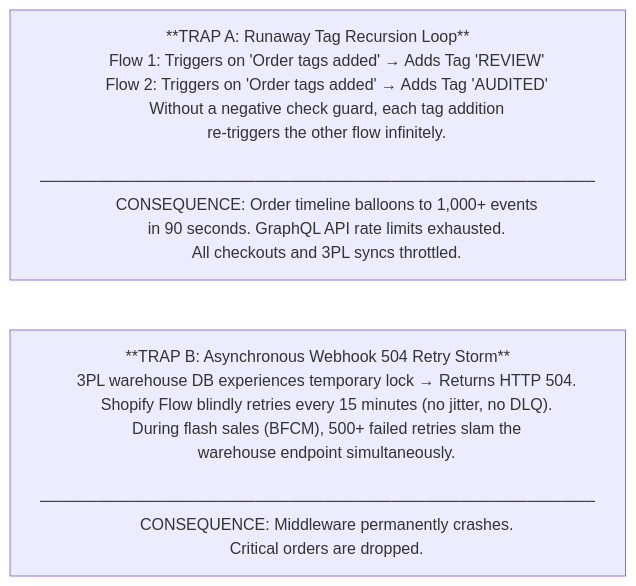
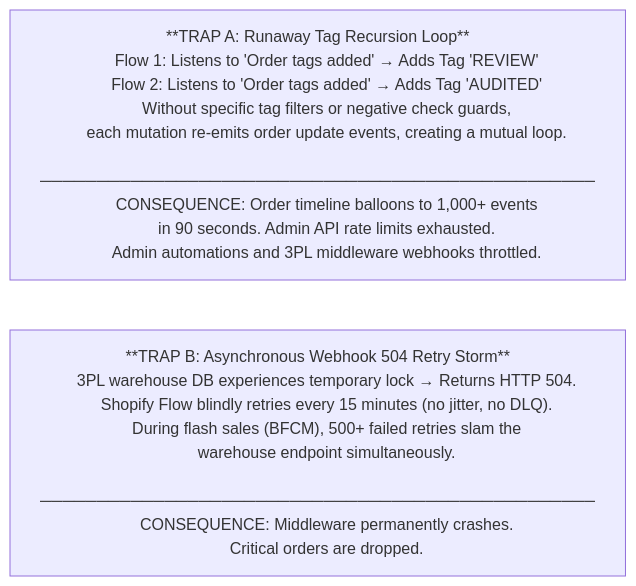
One commit to riovicsusas/portfolio changed the first of 4 diagrams in domain-4-business-automation/MasterDossier-Domain4-WebhookAutomationAndFlowTriage.md. Above: the diagram before and after it, drawn with Mermaid. The commit also changed other lines of this file and 14 other files, not shown here.

````diff
--- a/domain-4-business-automation/MasterDossier-Domain4-WebhookAutomationAndFlowTriage.md
+++ b/domain-4-business-automation/MasterDossier-Domain4-WebhookAutomationAndFlowTriage.md
@@ -12,23 +12,23 @@
 ```mermaid
 flowchart TD
     TrapA["**TRAP A: Runaway Tag Recursion Loop**
-    Flow 1: Triggers on 'Order tags added' → Adds Tag 'REVIEW'
-    Flow 2: Triggers on 'Order tags added' → Adds Tag 'AUDITED'
-    Without a negative check guard, each tag addition
-    re-triggers the other flow infinitely.
+    Flow 1: Listens to 'Order tags added' → Adds Tag 'REVIEW'
+    Flow 2: Listens to 'Order tags added' → Adds Tag 'AUDITED'
+    Without specific tag filters or negative check guards,
+    each mutation re-emits order update events, creating a mutual loop.
     ─────────────────────────────────────────────────
     CONSEQUENCE: Order timeline balloons to 1,000+ events
-    in 90 seconds. GraphQL API rate limits exhausted.
-    All checkouts and 3PL syncs throttled."]
+    in 90 seconds. Admin API rate limits exhausted.
+    Admin automations and 3PL middleware webhooks throttled."]
 
     TrapB["**TRAP B: Asynchronous Webhook 504 Retry Storm**
     3PL warehouse DB experiences temporary lock → Returns HTTP 504.
     Shopify Flow blindly retries every 15 minutes (no jitter, no DLQ).
     During flash sales (BFCM), 500+ failed retries slam the
     warehouse endpoint simultaneously.
     ─────────────────────────────────────────────────
     CONSEQUENCE: Middleware permanently crashes.
     Critical orders are dropped."]
 
     TrapA ~~~ TrapB
 ```
````
